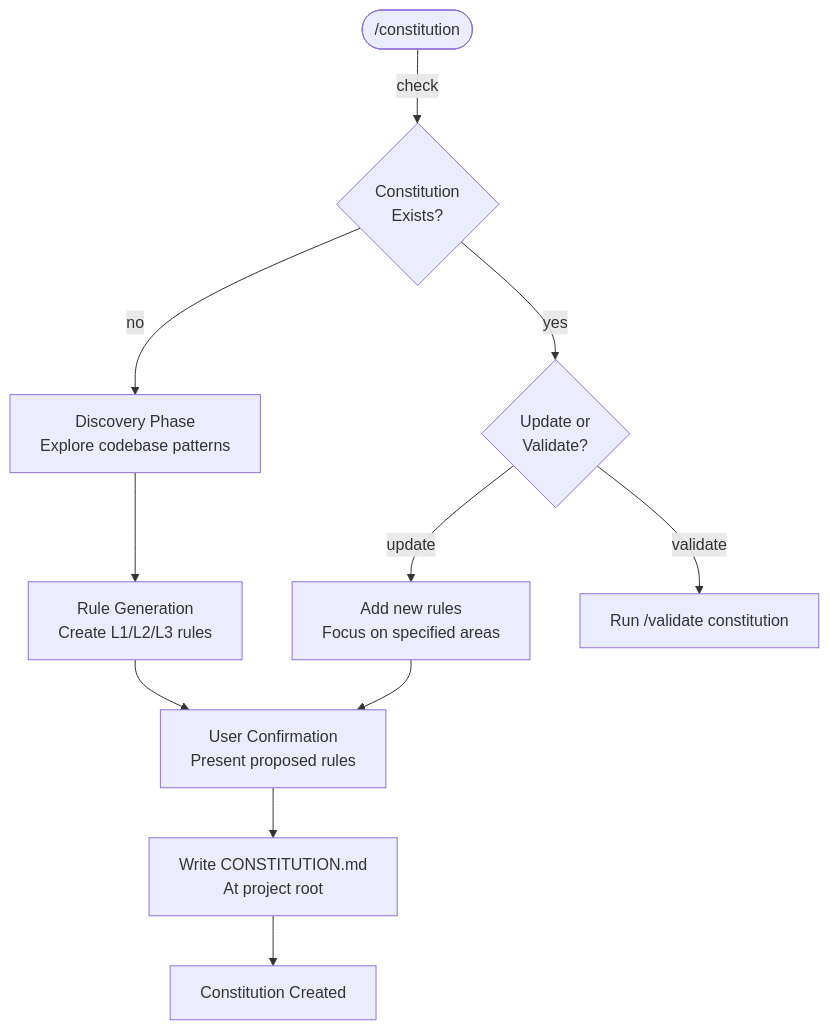
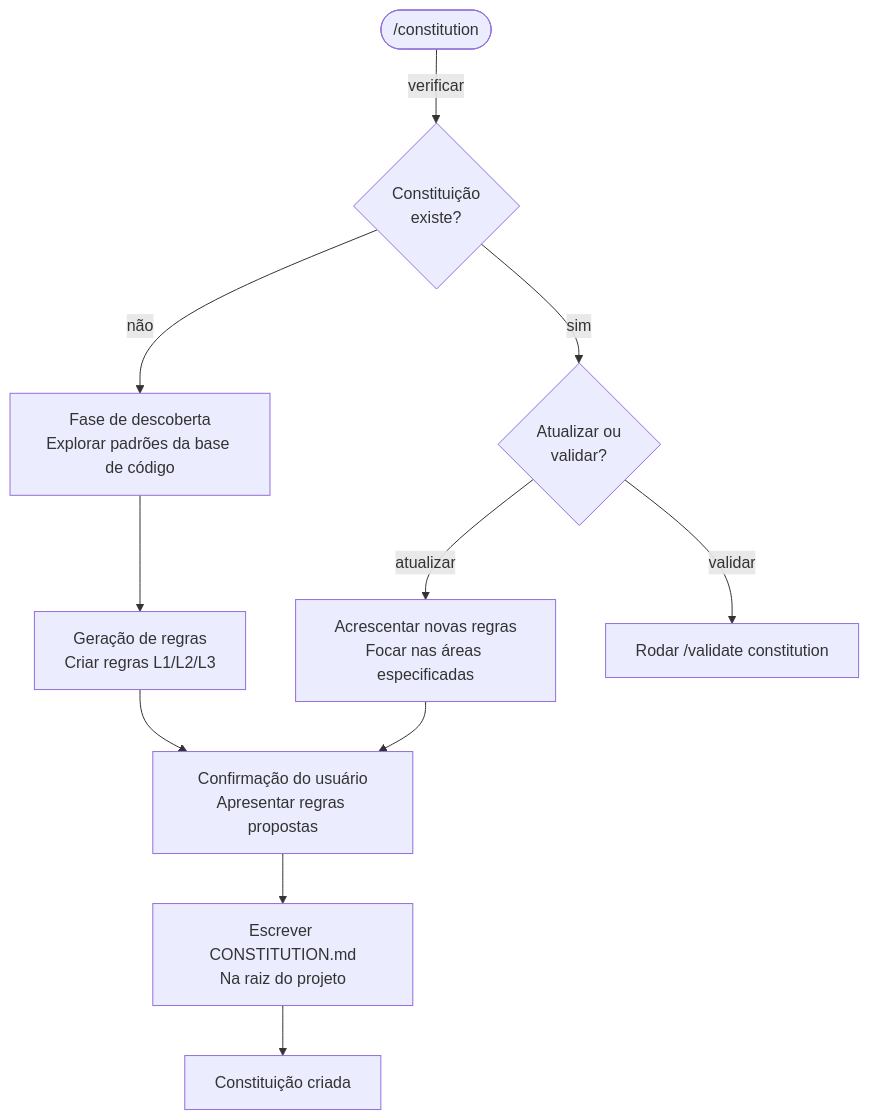
Before and after one commit to claude-code-mods/claude-code-mods-pt-br: the tenth of 10 diagrams in mods/start/README.md, drawn with Mermaid. The commit also changed other lines of this file and 21 other files, not shown here.

````diff
--- a/mods/start/README.md
+++ b/mods/start/README.md
@@ -556,13 +556,13 @@
 ```mermaid
 flowchart TD
-    A([/constitution]) --> |check| B{Constitution<br>Exists?}
-    B --> |no| C[Discovery Phase<br/>Explore codebase patterns]
-    C --> D[Rule Generation<br/>Create L1/L2/L3 rules]
-    D --> E[User Confirmation<br/>Present proposed rules]
-    E --> F[Write CONSTITUTION.md<br/>At project root]
-    B --> |yes| G{Update or<br>Validate?}
-    G --> |update| H[Add new rules<br/>Focus on specified areas]
+    A([/constitution]) --> |verificar| B{Constituição<br>existe?}
+    B --> |não| C[Fase de descoberta<br/>Explorar padrões da base de código]
+    C --> D[Geração de regras<br/>Criar regras L1/L2/L3]
+    D --> E[Confirmação do usuário<br/>Apresentar regras propostas]
+    E --> F[Escrever CONSTITUTION.md<br/>Na raiz do projeto]
+    B --> |sim| G{Atualizar ou<br>validar?}
+    G --> |atualizar| H[Acrescentar novas regras<br/>Focar nas áreas especificadas]
     H --> E
-    G --> |validate| I[Run /validate constitution]
-    F --> END[Constitution Created]
+    G --> |validar| I[Rodar /validate constitution]
+    F --> END[Constituição criada]
 ```
````
